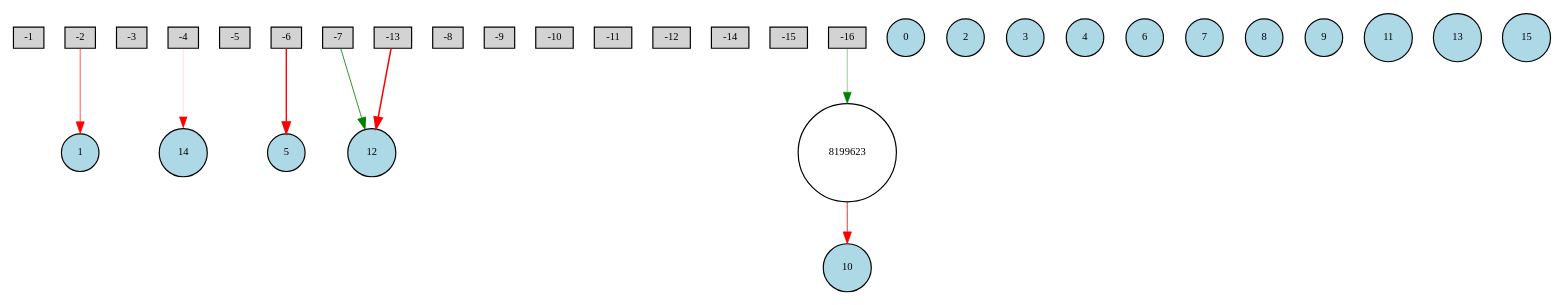
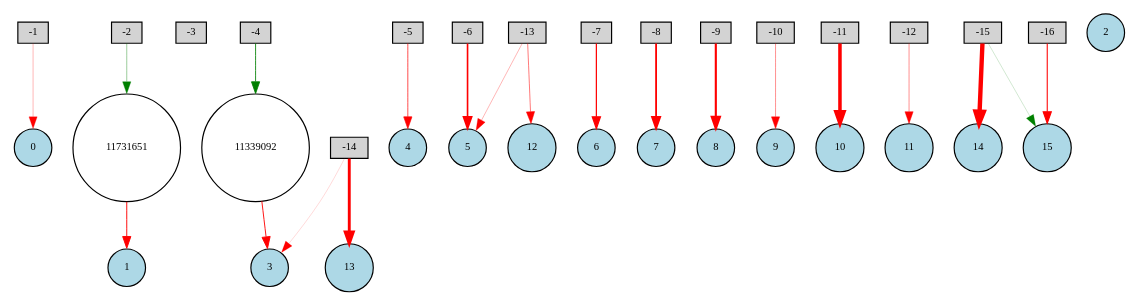
Before and after one commit to svensesen/Sudoku-Destroyer-69: the diagram in NEAT/Full/Digraph.gv, drawn with Graphviz. The commit also changed 11 other files, not shown here.

```diff
--- a/NEAT/Full/Digraph.gv
+++ b/NEAT/Full/Digraph.gv
@@ -1,43 +1,57 @@
 digraph {
 	node [fontsize=9 height=0.2 shape=circle width=0.2]
 	-1 [fillcolor=lightgray shape=box style=filled]
 	-2 [fillcolor=lightgray shape=box style=filled]
 	-3 [fillcolor=lightgray shape=box style=filled]
 	-4 [fillcolor=lightgray shape=box style=filled]
 	-5 [fillcolor=lightgray shape=box style=filled]
 	-6 [fillcolor=lightgray shape=box style=filled]
 	-7 [fillcolor=lightgray shape=box style=filled]
 	-8 [fillcolor=lightgray shape=box style=filled]
 	-9 [fillcolor=lightgray shape=box style=filled]
 	-10 [fillcolor=lightgray shape=box style=filled]
 	-11 [fillcolor=lightgray shape=box style=filled]
 	-12 [fillcolor=lightgray shape=box style=filled]
 	-13 [fillcolor=lightgray shape=box style=filled]
 	-14 [fillcolor=lightgray shape=box style=filled]
 	-15 [fillcolor=lightgray shape=box style=filled]
 	-16 [fillcolor=lightgray shape=box style=filled]
 	0 [fillcolor=lightblue style=filled]
 	1 [fillcolor=lightblue style=filled]
 	2 [fillcolor=lightblue style=filled]
 	3 [fillcolor=lightblue style=filled]
 	4 [fillcolor=lightblue style=filled]
 	5 [fillcolor=lightblue style=filled]
 	6 [fillcolor=lightblue style=filled]
 	7 [fillcolor=lightblue style=filled]
 	8 [fillcolor=lightblue style=filled]
 	9 [fillcolor=lightblue style=filled]
 	10 [fillcolor=lightblue style=filled]
 	11 [fillcolor=lightblue style=filled]
 	12 [fillcolor=lightblue style=filled]
 	13 [fillcolor=lightblue style=filled]
 	14 [fillcolor=lightblue style=filled]
 	15 [fillcolor=lightblue style=filled]
-	8199623 [fillcolor=white style=filled]
-	-2 -> 1 [color=red penwidth=0.5599011068028298 style=solid]
-	-13 -> 12 [color=red penwidth=1.2937718276253976 style=solid]
-	-6 -> 5 [color=red penwidth=1.191217054227139 style=solid]
-	-4 -> 14 [color=red penwidth=0.11440592603389615 style=solid]
-	-7 -> 12 [color=green penwidth=0.7100225271022049 style=solid]
-	-16 -> 8199623 [color=green penwidth=0.35329131422309645 style=solid]
-	8199623 -> 10 [color=red penwidth=0.6872318773552429 style=solid]
+	11339092 [fillcolor=white style=filled]
+	11731651 [fillcolor=white style=filled]
+	-11 -> 10 [color=red penwidth=3.0161945008186044 style=solid]
+	-1 -> 0 [color=red penwidth=0.2485366751968369 style=solid]
+	-13 -> 12 [color=red penwidth=0.44922851678982456 style=solid]
+	-12 -> 11 [color=red penwidth=0.3798671634981087 style=solid]
+	-9 -> 8 [color=red penwidth=1.8249241370917837 style=solid]
+	-14 -> 13 [color=red penwidth=2.475711328973911 style=solid]
+	-6 -> 5 [color=red penwidth=1.3892925711145576 style=solid]
+	-5 -> 4 [color=red penwidth=0.6017426979274796 style=solid]
+	-7 -> 6 [color=red penwidth=1.041140104924179 style=solid]
+	-15 -> 14 [color=red penwidth=3.7491274457902004 style=solid]
+	-8 -> 7 [color=red penwidth=1.5562609821625346 style=solid]
+	-10 -> 9 [color=red penwidth=0.3760697420656913 style=solid]
+	-16 -> 15 [color=red penwidth=0.9062951525974767 style=solid]
+	-4 -> 11339092 [color=green penwidth=0.7325386319435137 style=solid]
+	11339092 -> 3 [color=red penwidth=0.7758994488983937 style=solid]
+	-14 -> 3 [color=red penwidth=0.1283569792685754 style=solid]
+	-15 -> 15 [color=green penwidth=0.15599073305069158 style=solid]
+	-2 -> 11731651 [color=green penwidth=0.3421767755874599 style=solid]
+	11731651 -> 1 [color=red penwidth=0.8068610672112702 style=solid]
+	-13 -> 5 [color=red penwidth=0.2501949997597416 style=solid]
 }
```
